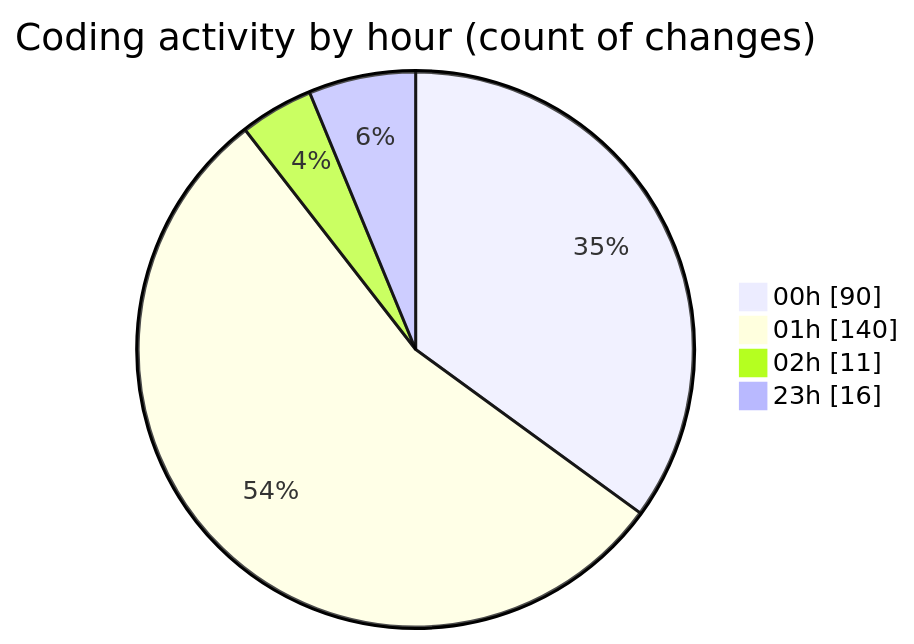
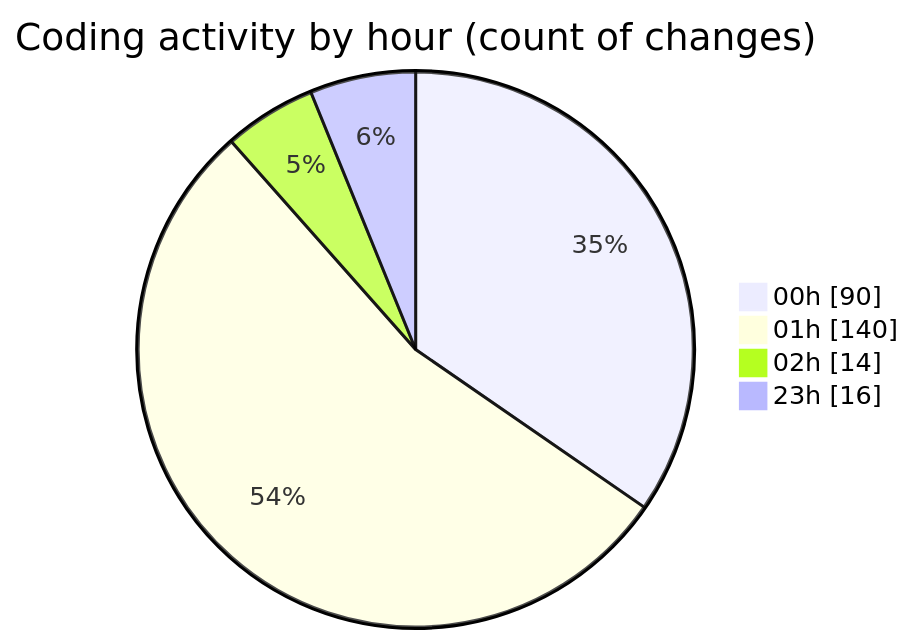
The second of 2 diagrams in 2025-05-26/projects/README.md (Ritupan-Deka/code-tracking), drawn with Mermaid before and after one commit. The commit also changed other lines of this file and 1 other file, not shown here.

````diff
--- a/2025-05-26/projects/README.md
+++ b/2025-05-26/projects/README.md
@@ -33,8 +33,8 @@
 ```mermaid
 pie showData
 title Coding activity by hour (count of changes)
 "00h" : 90
 "01h" : 140
-"02h" : 11
+"02h" : 14
 "23h" : 16
 ```
````
